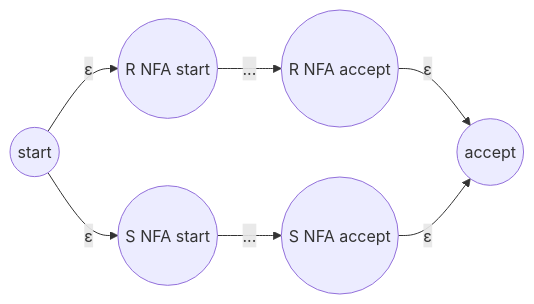
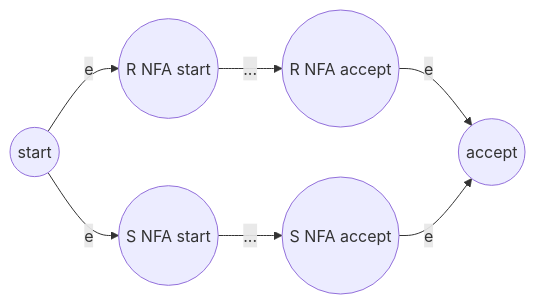
The second of 4 diagrams in docs/courses/compiler-design/02-lexical.md (Raushan666java/ai-engineering-journey), drawn with Mermaid before and after one commit. The commit also changed other lines of this file and 790 other files, not shown here.

Commit message:
Sync all course diagram renders and content updates

````diff
--- a/docs/courses/compiler-design/02-lexical.md
+++ b/docs/courses/compiler-design/02-lexical.md
@@ -105,9 +105,9 @@
 ```mermaid
 graph LR
-    s((start)) --ε--> r((R NFA start))
-    s --ε--> s2((S NFA start))
+    s((start)) --e--> r((R NFA start))
+    s --e--> s2((S NFA start))
     r --...--> ra((R NFA accept))
     s2 --...--> sa((S NFA accept))
-    ra --ε--> a((accept))
-    sa --ε--> a
+    ra --e--> a((accept))
+    sa --e--> a
 ```
````
